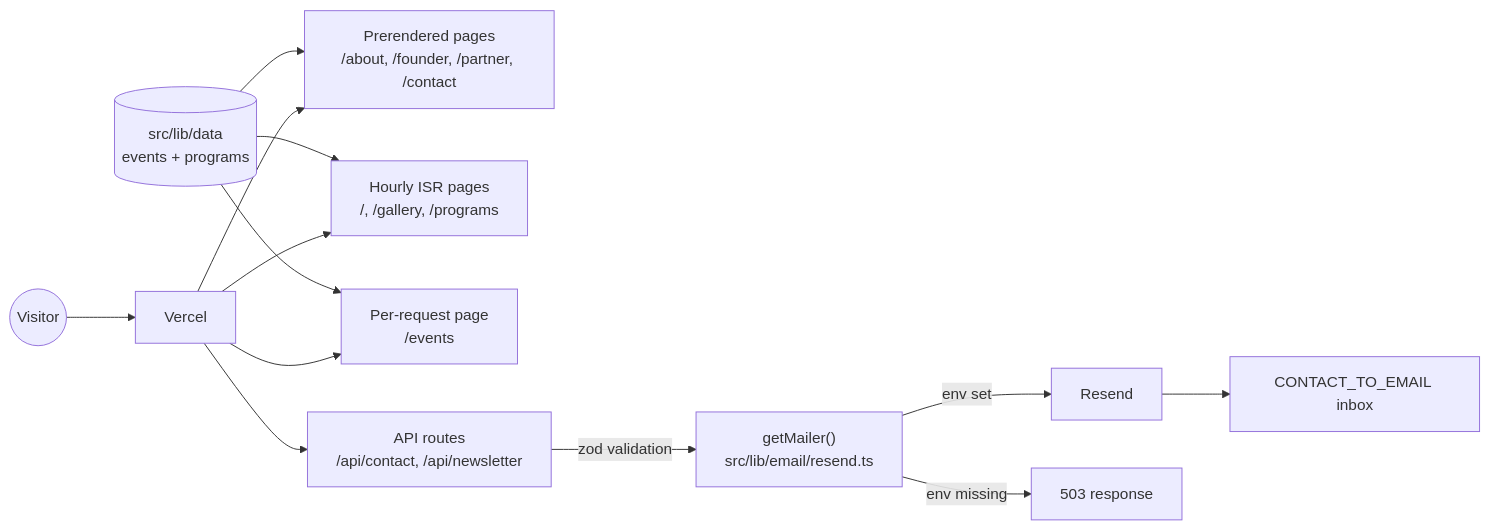
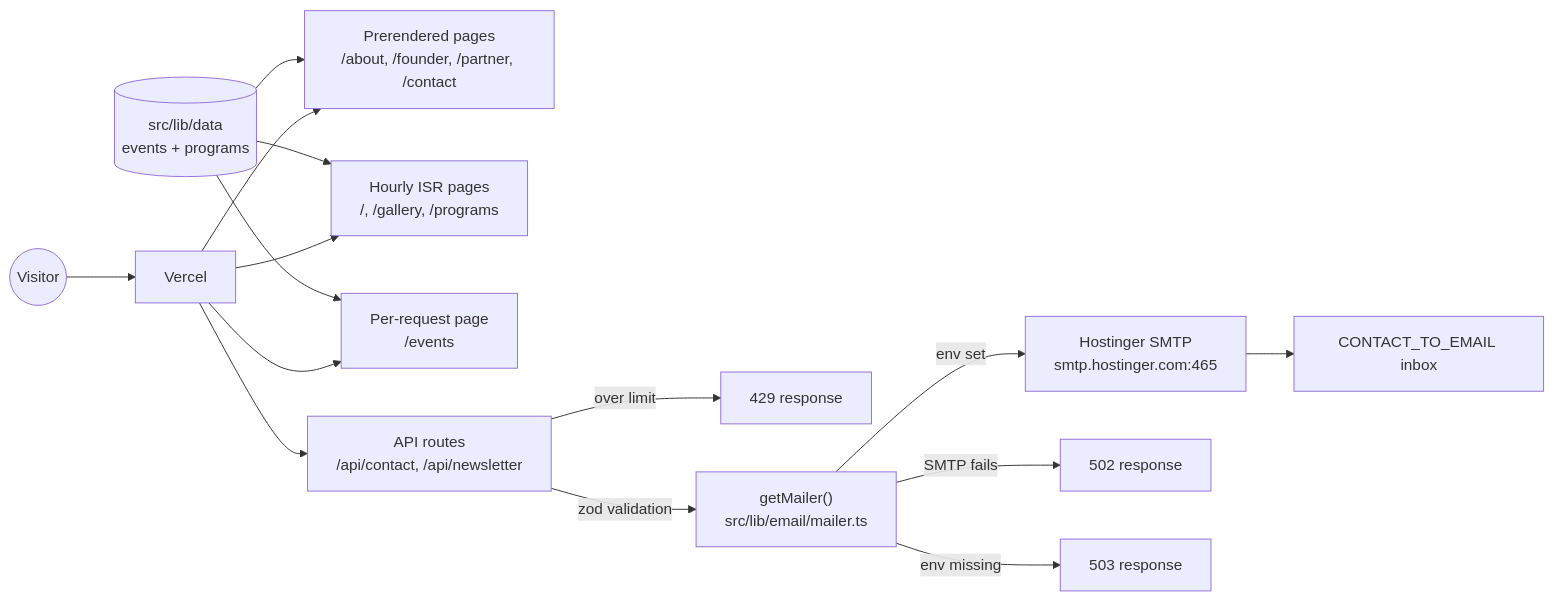
One commit to lawalOyinlola/a_certain_woman changed the first of 2 diagrams in README.md. Above: the diagram before and after it, drawn with Mermaid. The commit also changed other lines of this file and 2 other files, not shown here.

Commit message:
Document SMTP email, the auto-reply and the rate limits

````diff
--- a/README.md
+++ b/README.md
@@ -62,12 +75,14 @@
 ```mermaid
 flowchart LR
     Visitor((Visitor)) --> Vercel[Vercel]
     Vercel --> Static["Prerendered pages<br/>/about, /founder, /partner, /contact"]
     Vercel --> ISR["Hourly ISR pages<br/>/, /gallery, /programs"]
     Vercel --> Dynamic["Per-request page<br/>/events"]
     Vercel --> API["API routes<br/>/api/contact, /api/newsletter"]
     Data[("src/lib/data<br/>events + programs")] --> Static & ISR & Dynamic
-    API -->|zod validation| Mailer["getMailer()<br/>src/lib/email/resend.ts"]
-    Mailer -->|env set| Resend[Resend] --> Inbox["CONTACT_TO_EMAIL inbox"]
+    API -->|"over limit"| E429["429 response"]
+    API -->|zod validation| Mailer["getMailer()<br/>src/lib/email/mailer.ts"]
+    Mailer -->|env set| SMTP["Hostinger SMTP<br/>smtp.hostinger.com:465"] --> Inbox["CONTACT_TO_EMAIL inbox"]
+    Mailer -->|SMTP fails| E502["502 response"]
     Mailer -->|env missing| E503["503 response"]
 ```
````
